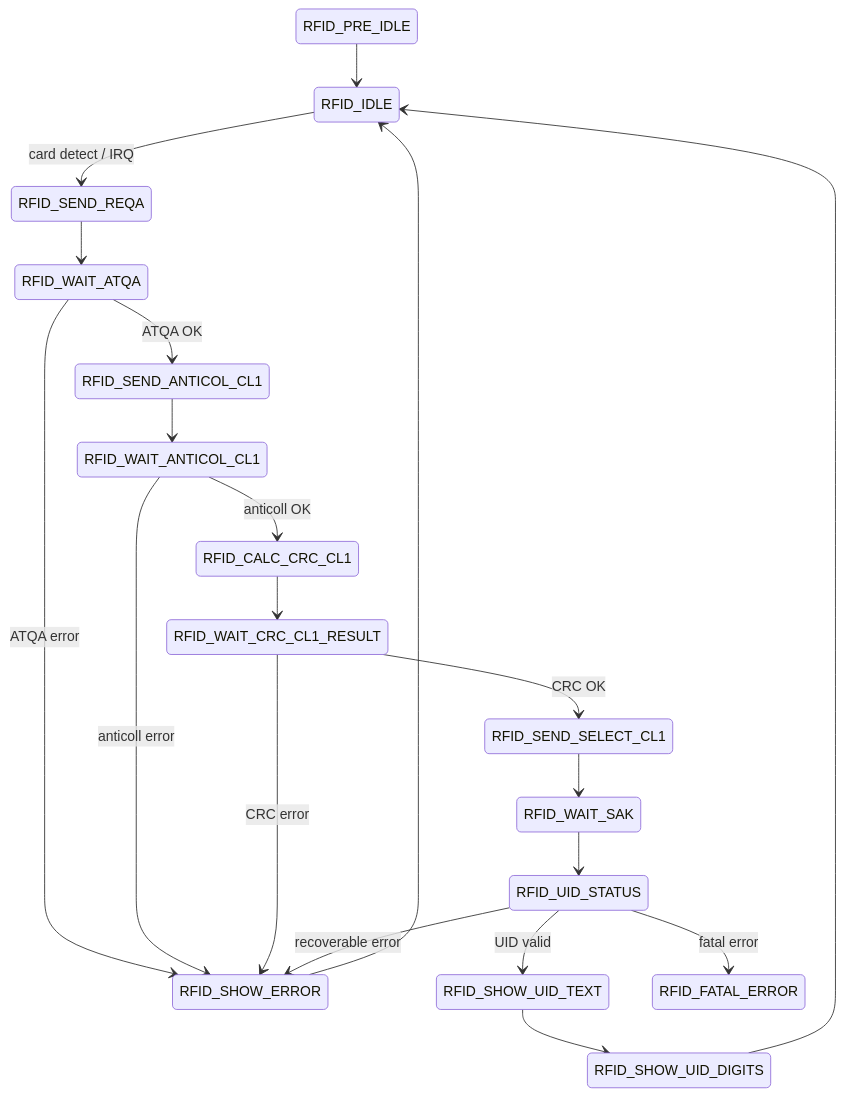
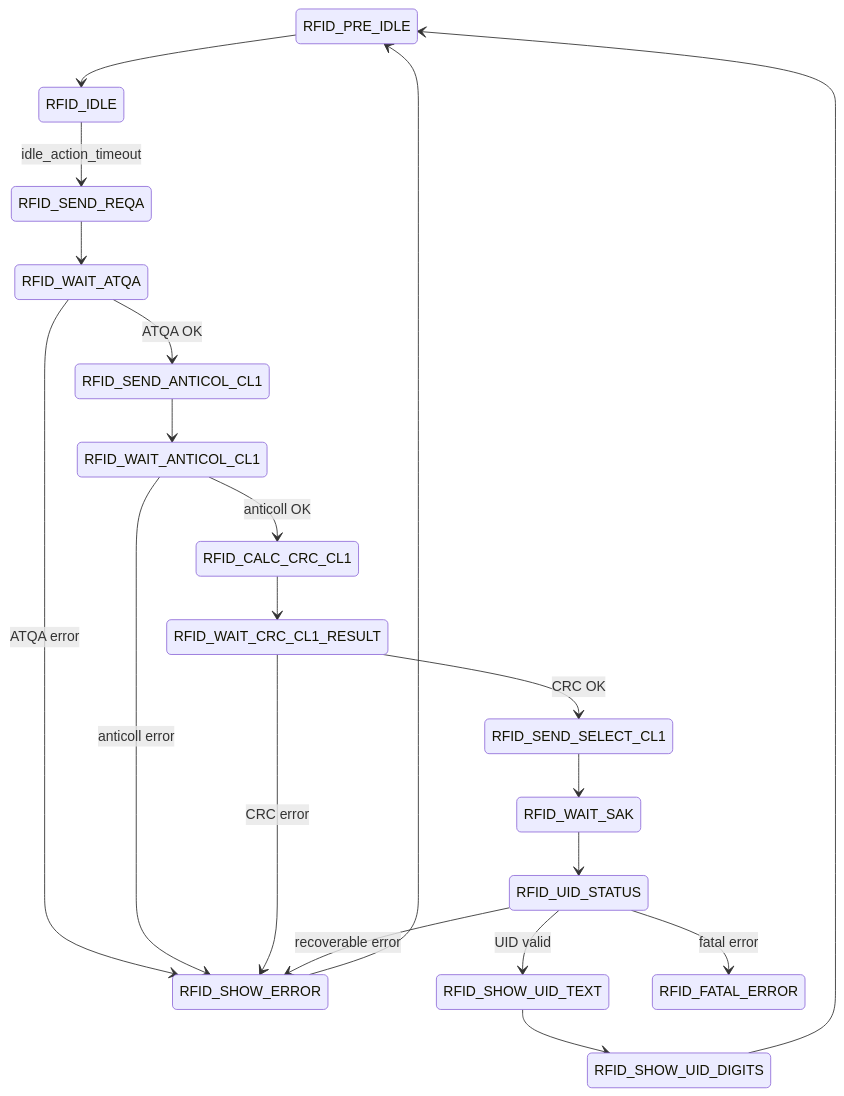
One commit to gadigidi/STM32_RFID changed the diagram in README.md. Above: the diagram before and after it, drawn with Mermaid.

````diff
--- a/README.md
+++ b/README.md
@@ -23,32 +23,32 @@
 ```mermaid
 stateDiagram-v2
     RFID_PRE_IDLE --> RFID_IDLE
 
-    RFID_IDLE --> RFID_SEND_REQA : card detect / IRQ
+    RFID_IDLE --> RFID_SEND_REQA : idle_action_timeout
     RFID_SEND_REQA --> RFID_WAIT_ATQA
 
     RFID_WAIT_ATQA --> RFID_SEND_ANTICOL_CL1 : ATQA OK
     RFID_WAIT_ATQA --> RFID_SHOW_ERROR : ATQA error
 
     RFID_SEND_ANTICOL_CL1 --> RFID_WAIT_ANTICOL_CL1
 
     RFID_WAIT_ANTICOL_CL1 --> RFID_CALC_CRC_CL1 : anticoll OK
     RFID_WAIT_ANTICOL_CL1 --> RFID_SHOW_ERROR : anticoll error
 
     RFID_CALC_CRC_CL1 --> RFID_WAIT_CRC_CL1_RESULT
 
     RFID_WAIT_CRC_CL1_RESULT --> RFID_SEND_SELECT_CL1 : CRC OK
     RFID_WAIT_CRC_CL1_RESULT --> RFID_SHOW_ERROR : CRC error
 
     RFID_SEND_SELECT_CL1 --> RFID_WAIT_SAK
     RFID_WAIT_SAK --> RFID_UID_STATUS
 
     RFID_UID_STATUS --> RFID_SHOW_UID_TEXT : UID valid
     RFID_UID_STATUS --> RFID_SHOW_ERROR : recoverable error
     RFID_UID_STATUS --> RFID_FATAL_ERROR : fatal error
 
     RFID_SHOW_UID_TEXT --> RFID_SHOW_UID_DIGITS
-    RFID_SHOW_UID_DIGITS --> RFID_IDLE
+    RFID_SHOW_UID_DIGITS --> RFID_PRE_IDLE
 
-    RFID_SHOW_ERROR --> RFID_IDLE
+    RFID_SHOW_ERROR --> RFID_PRE_IDLE
 ```
````
